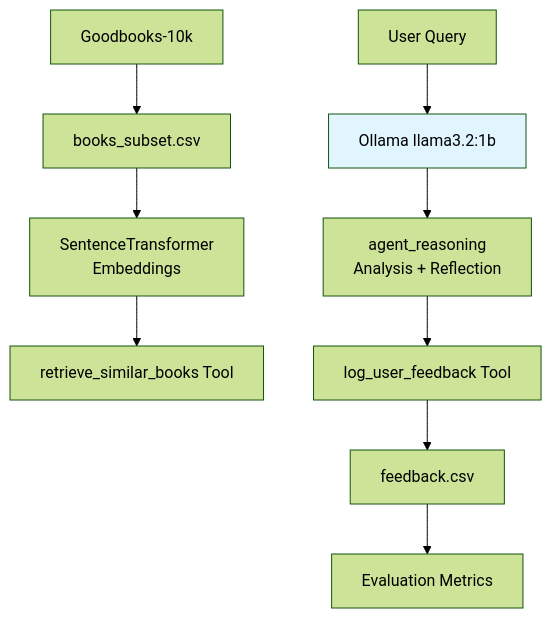
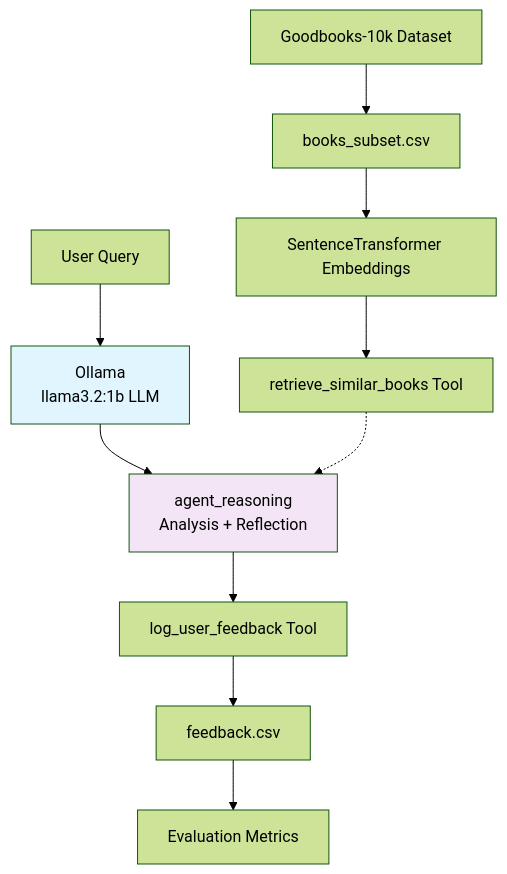
The diagram in architecture.mmd (pravpr/agentic-book-recommender), drawn with Mermaid (forest theme) before and after one commit. The commit also changed other lines of this file and 1 other file, not shown here.

````diff
--- a/architecture.mmd
+++ b/architecture.mmd
@@ -3,13 +4,17 @@
 ```mermaid
 flowchart TD
-    A[Goodbooks-10k] --> B[books_subset.csv]
-    B --> C[SentenceTransformer<br/>Embeddings]
+    A[Goodbooks-10k Dataset] --> B[books_subset.csv]
+    B --> C[SentenceTransformer Embeddings]
     C --> D[retrieve_similar_books Tool]
-    E[User Query] --> F[Ollama llama3.2:1b]
-    F --> G[agent_reasoning<br/>Analysis + Reflection]
+    
+    E[User Query] --> F["Ollama<br/>llama3.2:1b LLM"]
+    F --> G["agent_reasoning<br/>Analysis + Reflection"]
     G --> H[log_user_feedback Tool]
     H --> I[feedback.csv]
     I --> J[Evaluation Metrics]
     
+    D -.-> G
+    
     style F fill:#e1f5fe
+    style G fill:#f3e5f5
 ```
````
